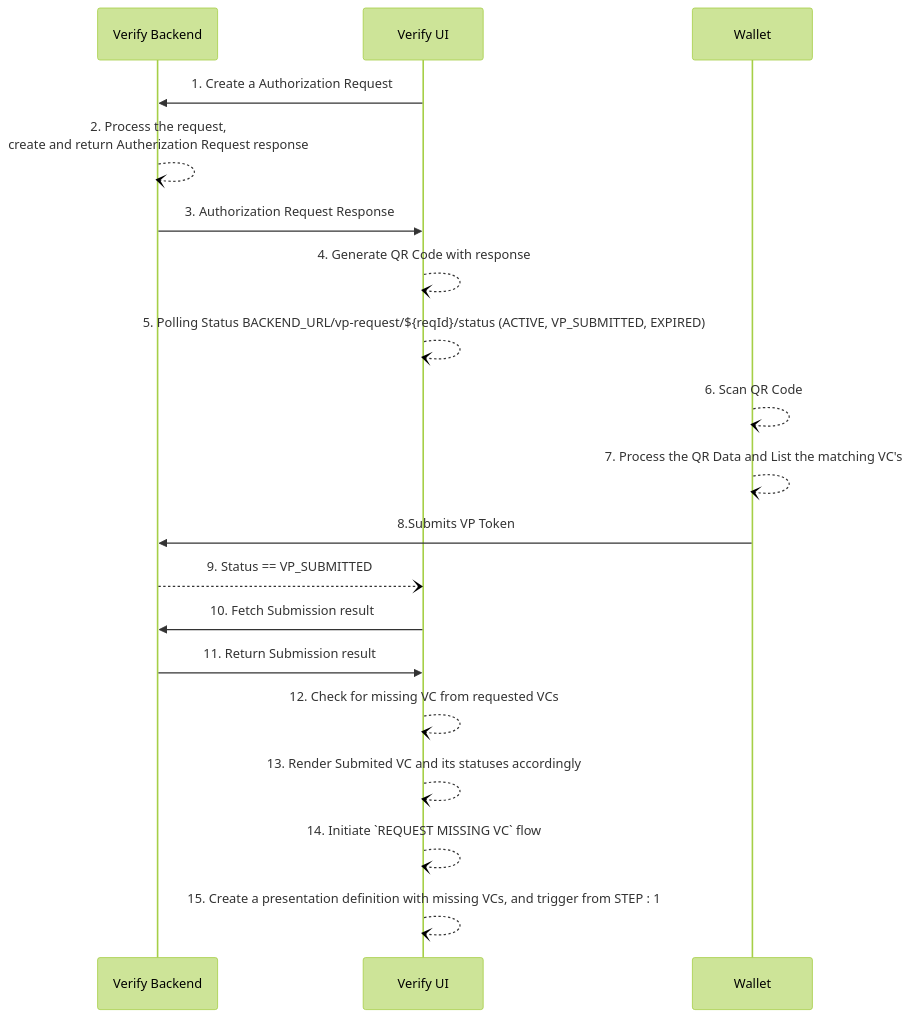
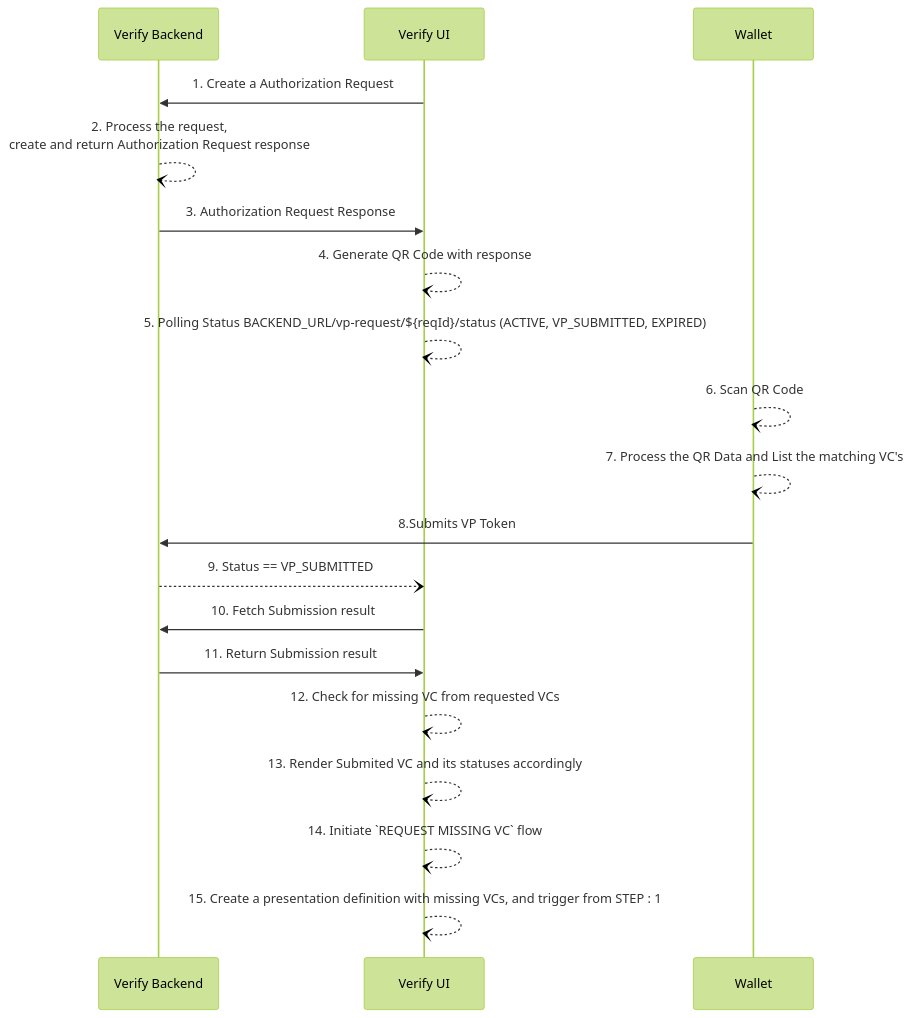
Before and after one commit to mosip/inji-verify: the diagram in docs/PartialSharing.md, drawn with Mermaid (forest theme). The commit also changed 2 other files, not shown here.

Commit message:
[INJIVER-1107] - typo fixes

````diff
--- a/docs/PartialSharing.md
+++ b/docs/PartialSharing.md
@@ -16,23 +16,23 @@
 ```mermaid    
 sequenceDiagram
     participant Verify Backend
     participant Verify UI
     participant Wallet
 
 
     Verify UI->>Verify Backend: 1. Create a Authorization Request
-    Verify Backend--)Verify Backend: 2. Process the request,<br> create and return Autherization Request response
+    Verify Backend--)Verify Backend: 2. Process the request,<br> create and return Authorization Request response
     Verify Backend->>Verify UI: 3. Authorization Request Response
     Verify UI--)Verify UI: 4. Generate QR Code with response
     Verify UI--)Verify UI: 5. Polling Status BACKEND_URL/vp-request/${reqId}/status (ACTIVE, VP_SUBMITTED, EXPIRED)
     Wallet--)Wallet: 6. Scan QR Code
     Wallet--)Wallet: 7. Process the QR Data and List the matching VC's
     Wallet->>Verify Backend: 8.Submits VP Token
     Verify Backend--)Verify UI: 9. Status == VP_SUBMITTED
     Verify UI->>Verify Backend: 10. Fetch Submission result
     Verify Backend->>Verify UI: 11. Return Submission result
     Verify UI--)Verify UI: 12. Check for missing VC from requested VCs
     Verify UI--)Verify UI: 13. Render Submited VC and its statuses accordingly
     Verify UI--)Verify UI: 14. Initiate `REQUEST MISSING VC` flow
     Verify UI--)Verify UI: 15. Create a presentation definition with missing VCs, and trigger from STEP : 1
 ```
````
